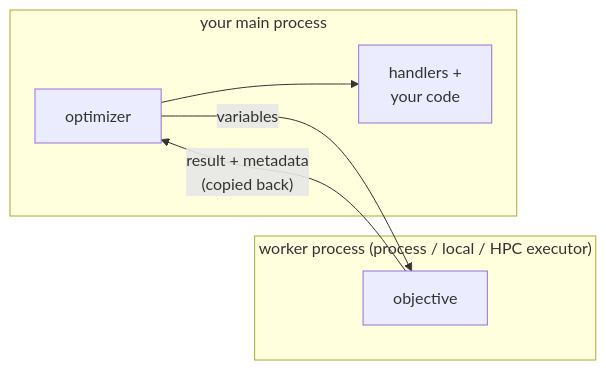
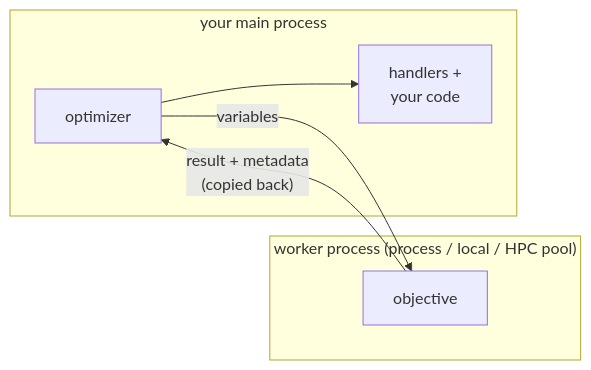
Before and after one commit to TNO-ropt/ropt: the diagram in docs/running/handlers.md, drawn with Mermaid. The commit also changed other lines of this file and 23 other files, not shown here.

````diff
--- a/docs/running/handlers.md
+++ b/docs/running/handlers.md
@@ -242,13 +248,13 @@
 ```mermaid
 flowchart LR
     subgraph main["your main process"]
         opt["optimizer"]
         hand["handlers +<br/>your code"]
         opt --> hand
     end
-    subgraph worker["worker process (process / local / HPC executor)"]
+    subgraph worker["worker process (process / local / HPC pool)"]
         obj["objective"]
     end
     opt -->|"variables"| obj
     obj -->|"result + metadata<br/>(copied back)"| opt
 ```
````
